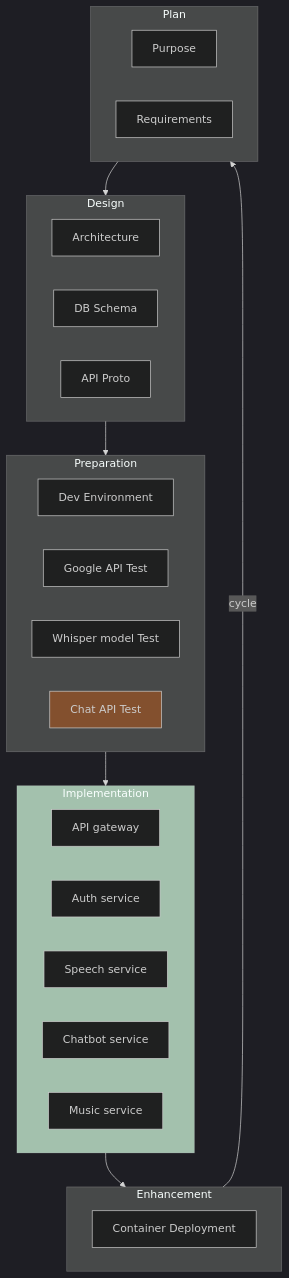
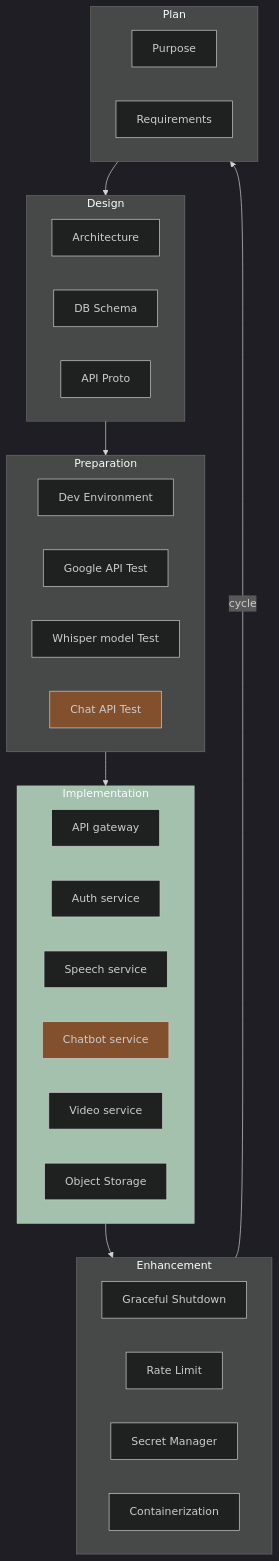
The diagram in README.md (kimsehyoung/dongle), drawn with Mermaid before and after one commit. The commit also changed other lines of this file and 21 other files, not shown here.

````diff
--- a/README.md
+++ b/README.md
@@ -26,44 +28,49 @@
 ```mermaid
 %%{init: {'theme':'dark'}}%%
 
 
 flowchart TD
     subgraph Design
         architecture["Architecture"]
         db_schema["DB Schema"]
         api_proto["API Proto"]
     end
 
     subgraph Preparation
         dev_environment["Dev Environment"]
         google_api_test["Google API Test"]
         whisper_api_test["Whisper model Test"]
         chat_api_test["Chat API Test"]
     end
 
     subgraph Implementation
         api_gateway["API gateway"]
         auth_service["Auth service"]
         speech_service["Speech service"]
         chatbot_service["Chatbot service"]
-        music_service["Music service"]
+        music_service["Video service"]
+        object_storage["Object Storage"]
     end
 
     subgraph Enhancement
-        container_deployment["Container Deployment"]
+        graceful_shutdown["Graceful Shutdown"]
+        rate_limit["Rate Limit"]
+        secret_manager["Secret Manager"]
+        containerization["Containerization"]
     end
 
     subgraph Plan
         purpose["Purpose"]
         requirements["Requirements"]
     end
 
     Plan --> Design
     Design --> Preparation
     Preparation --> Implementation:::ing
     Implementation --> Enhancement
     Enhancement -->|cycle| Plan
 
 classDef ing fill:#A3C1AD;
 style chat_api_test fill:#83502E 
+style chatbot_service fill:#83502E 
 ```
````
